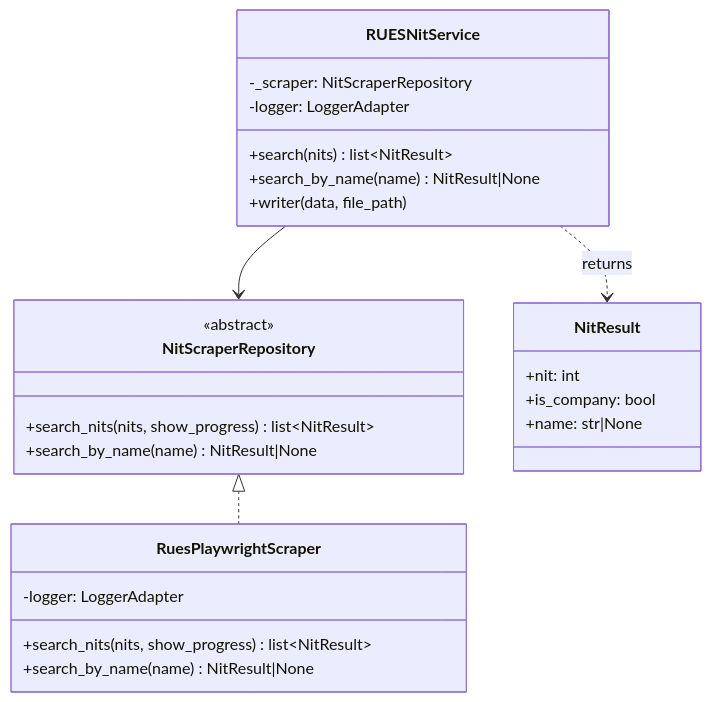
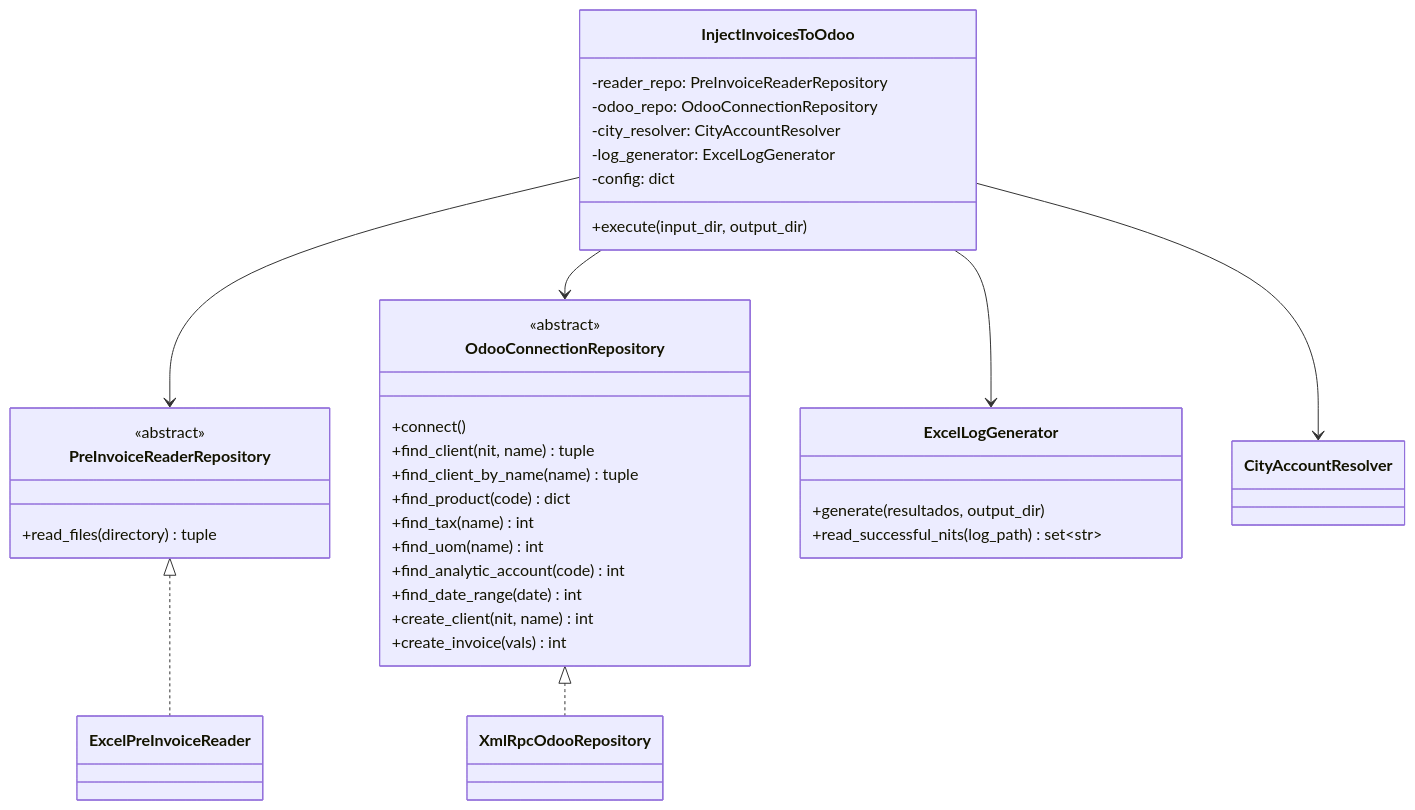
One commit to santo2409/Facturacion changed the sixth of 12 diagrams in docs/c4-diagrams.md. Above: the diagram before and after it, drawn with Mermaid. The commit also changed other lines of this file, not shown here.

Commit message:
docs(c4-diagrams): update architectural diagrams and flowcharts for clarity and detail

````diff
--- a/docs/c4-diagrams.md
+++ b/docs/c4-diagrams.md
@@ -242,32 +280,42 @@
 ```mermaid
 classDiagram
-    class NitScraperRepository {
-        <<abstract>>
-        +search_nits(nits, show_progress) list~NitResult~
-        +search_by_name(name) NitResult|None
+    class InjectInvoicesToOdoo {
+        -reader_repo: PreInvoiceReaderRepository
+        -odoo_repo: OdooConnectionRepository
+        -city_resolver: CityAccountResolver
+        -log_generator: ExcelLogGenerator
+        -config: dict
+        +execute(input_dir, output_dir)
     }
 
-    class RuesPlaywrightScraper {
-        -logger: LoggerAdapter
-        +search_nits(nits, show_progress) list~NitResult~
-        +search_by_name(name) NitResult|None
+    class PreInvoiceReaderRepository {
+        <<abstract>>
+        +read_files(directory) tuple
     }
 
-    class RUESNitService {
-        -_scraper: NitScraperRepository
-        -logger: LoggerAdapter
-        +search(nits) list~NitResult~
-        +search_by_name(name) NitResult|None
-        +writer(data, file_path)
+    class OdooConnectionRepository {
+        <<abstract>>
+        +connect()
+        +find_client(nit, name) tuple
+        +find_client_by_name(name) tuple
+        +find_product(code) dict
+        +find_tax(name) int
+        +find_uom(name) int
+        +find_analytic_account(code) int
+        +find_date_range(date) int
+        +create_client(nit, name) int
+        +create_invoice(vals) int
     }
 
-    class NitResult {
-        +nit: int
-        +is_company: bool
-        +name: str|None
+    class ExcelLogGenerator {
+        +generate(resultados, output_dir)
+        +read_successful_nits(log_path) set~str~
     }
 
-    RUESNitService --> NitScraperRepository
-    NitScraperRepository <|.. RuesPlaywrightScraper
-    RUESNitService ..> NitResult : returns
+    InjectInvoicesToOdoo --> PreInvoiceReaderRepository
+    InjectInvoicesToOdoo --> OdooConnectionRepository
+    InjectInvoicesToOdoo --> CityAccountResolver
+    InjectInvoicesToOdoo --> ExcelLogGenerator
+    PreInvoiceReaderRepository <|.. ExcelPreInvoiceReader
+    OdooConnectionRepository <|.. XmlRpcOdooRepository
 ```
````
